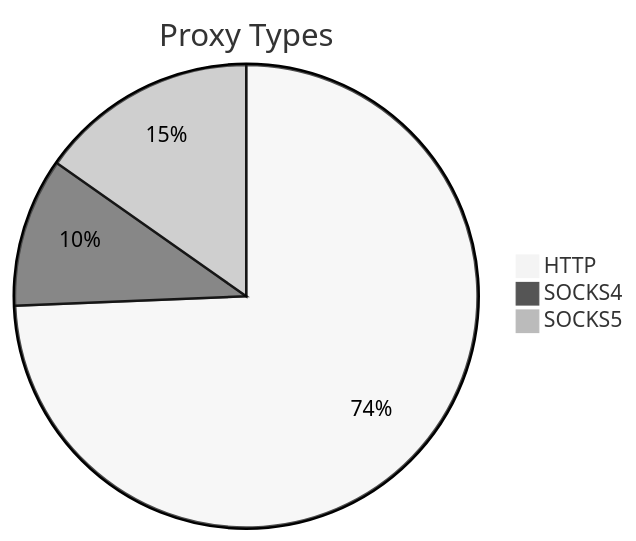
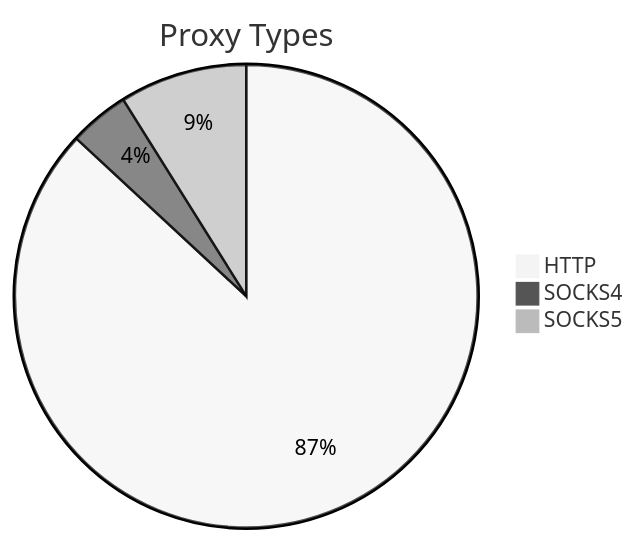
One commit to stormsia/proxy-list changed the first of 2 diagrams in README.md. Above: the diagram before and after it, drawn with Mermaid (neutral theme). The commit also changed other lines of this file, not shown here.

````diff
--- a/README.md
+++ b/README.md
@@ -21,6 +21,6 @@
 ```mermaid
 pie title Proxy Types
-    "HTTP" : 200
-    "SOCKS4" : 28
-    "SOCKS5" : 41
+    "HTTP" : 166
+    "SOCKS4" : 8
+    "SOCKS5" : 17
 ```
````
